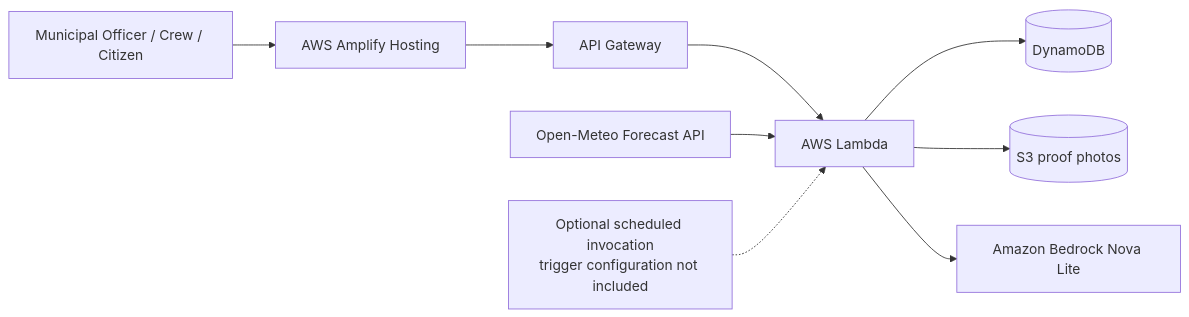
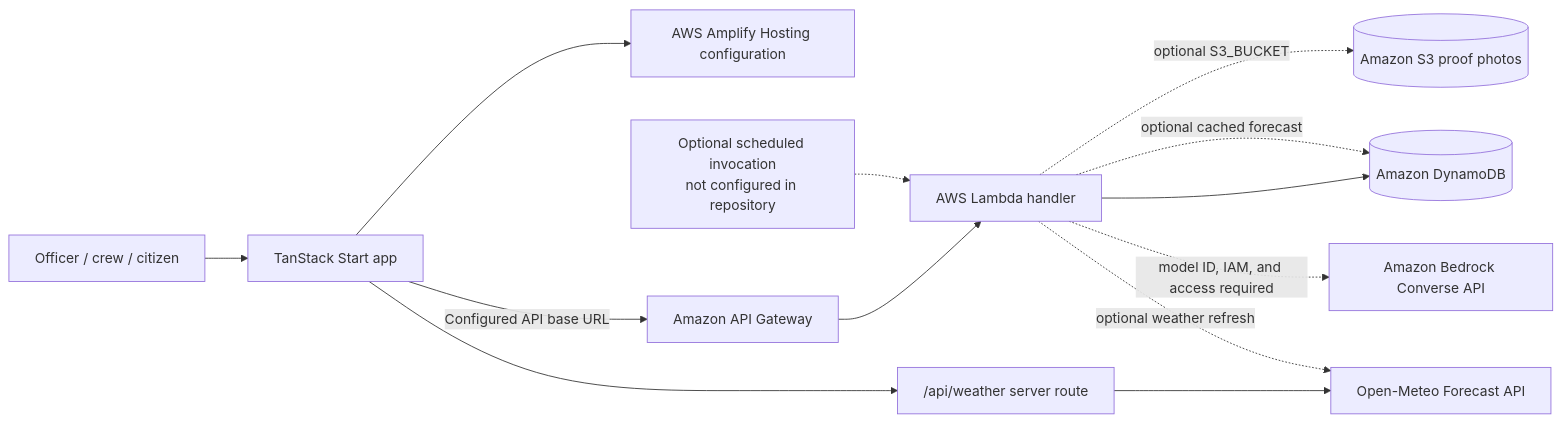
The diagram in README.md (sujalgiriiitp-source/NalaSetu), drawn with Mermaid before and after one commit. The commit also changed other lines of this file and 6 other files, not shown here.

````diff
--- a/README.md
+++ b/README.md
@@ -230,12 +117,15 @@
 ```mermaid
 flowchart LR
-    A[Municipal Officer / Crew / Citizen] --> B[AWS Amplify Hosting]
-    B --> C[API Gateway]
-    C --> D[AWS Lambda]
-    D --> E[(DynamoDB)]
-    D --> F[(S3 proof photos)]
-    D --> G[Amazon Bedrock Nova Lite]
-
-    H[Open-Meteo Forecast API] --> D
-    I[Optional scheduled invocation<br/>trigger configuration not included] -.-> D
+    People[Officer / crew / citizen] --> App[TanStack Start app]
+    App --> Hosting[AWS Amplify Hosting configuration]
+    App -->|Configured API base URL| Gateway[Amazon API Gateway]
+    Gateway --> Lambda[AWS Lambda handler]
+    Lambda --> DB[(Amazon DynamoDB)]
+    Lambda -. optional S3_BUCKET .-> S3[(Amazon S3 proof photos)]
+    Lambda -. model ID, IAM, and access required .-> Bedrock[Amazon Bedrock Converse API]
+    App --> WeatherRoute["/api/weather server route"]
+    WeatherRoute --> OpenMeteo[Open-Meteo Forecast API]
+    Scheduler[Optional scheduled invocation<br/>not configured in repository] -.-> Lambda
+    Lambda -. optional weather refresh .-> OpenMeteo
+    Lambda -. optional cached forecast .-> DB
 ```
````
